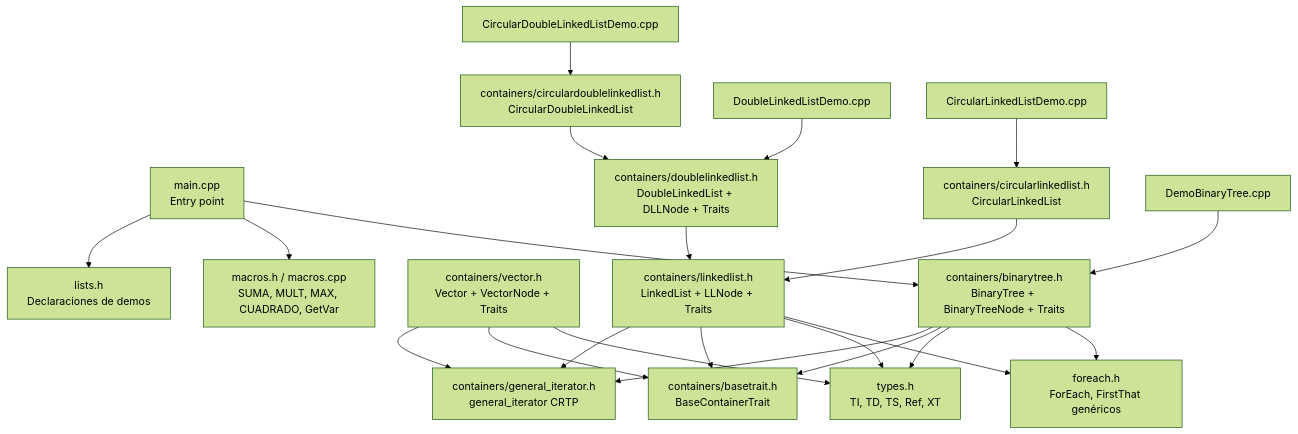
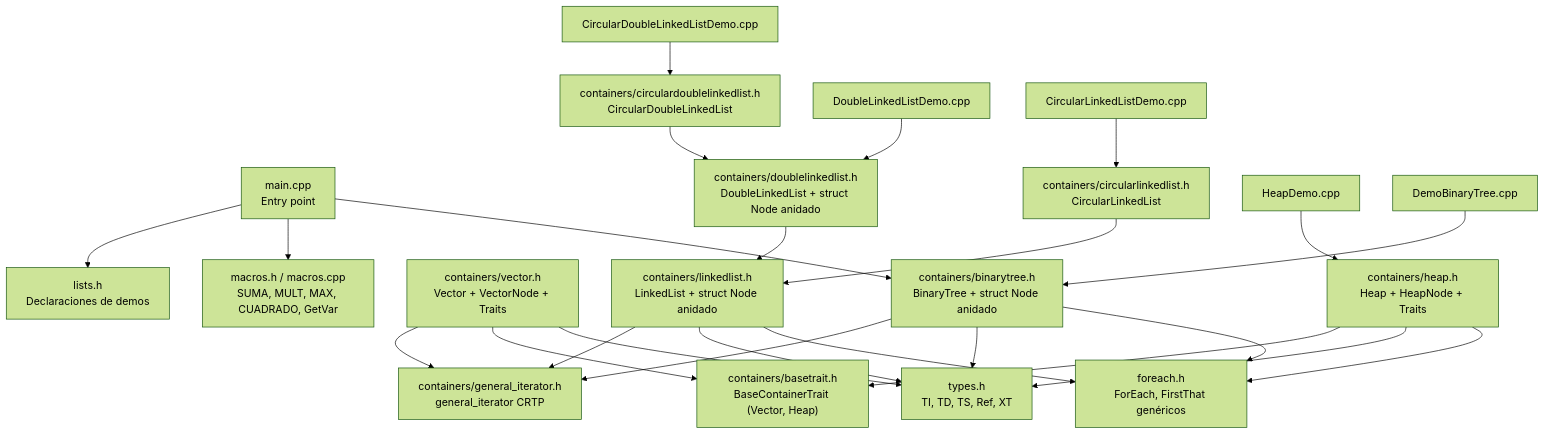
One commit to Camilo-vinatea/2026-I-MCC001-AED changed the eighth of 10 diagrams in docs/architecture.md. Above: the diagram before and after it, drawn with Mermaid (forest theme). The commit also changed other lines of this file and 1 other file, not shown here.

````diff
--- a/docs/architecture.md
+++ b/docs/architecture.md
@@ -420,46 +400,49 @@
 ```mermaid
 graph TD
     main["main.cpp<br/>Entry point"]
     lists["lists.h<br/>Declaraciones de demos"]
     types["types.h<br/>TI, TD, TS, Ref, XT"]
     macros["macros.h / macros.cpp<br/>SUMA, MULT, MAX, CUADRADO, GetVar"]
     foreach["foreach.h<br/>ForEach, FirstThat genéricos"]
-    basetrait["containers/basetrait.h<br/>BaseContainerTrait"]
+    basetrait["containers/basetrait.h<br/>BaseContainerTrait (Vector, Heap)"]
     geniter["containers/general_iterator.h<br/>general_iterator CRTP"]
     vector["containers/vector.h<br/>Vector + VectorNode + Traits"]
-    ll["containers/linkedlist.h<br/>LinkedList + LLNode + Traits"]
-    dll["containers/doublelinkedlist.h<br/>DoubleLinkedList + DLLNode + Traits"]
+    ll["containers/linkedlist.h<br/>LinkedList + struct Node anidado"]
+    dll["containers/doublelinkedlist.h<br/>DoubleLinkedList + struct Node anidado"]
     cll["containers/circularlinkedlist.h<br/>CircularLinkedList"]
     cdll["containers/circulardoublelinkedlist.h<br/>CircularDoubleLinkedList"]
+    heap["containers/heap.h<br/>Heap + HeapNode + Traits"]
+    bt["containers/binarytree.h<br/>BinaryTree + struct Node anidado"]
 
     DemoLL["DoubleLinkedListDemo.cpp"]
     DemoCLL["CircularLinkedListDemo.cpp"]
     DemoCDLL["CircularDoubleLinkedListDemo.cpp"]
-
-    bt["containers/binarytree.h<br/>BinaryTree + BinaryTreeNode + Traits"]
+    DemoHeap["HeapDemo.cpp"]
     DemoBT["DemoBinaryTree.cpp"]
 
     main --> lists
     main --> macros
     main --> bt
     DemoLL --> dll
     DemoCLL --> cll
     DemoCDLL --> cdll
+    DemoHeap --> heap
     DemoBT --> bt
 
     dll --> ll
     cll --> ll
     cdll --> dll
 
     ll --> geniter
-    ll --> basetrait
     ll --> types
     ll --> foreach
     vector --> geniter
     vector --> basetrait
     vector --> types
+    heap --> basetrait
+    heap --> types
+    heap --> foreach
     bt --> geniter
-    bt --> basetrait
     bt --> types
     bt --> foreach
 ```
````
